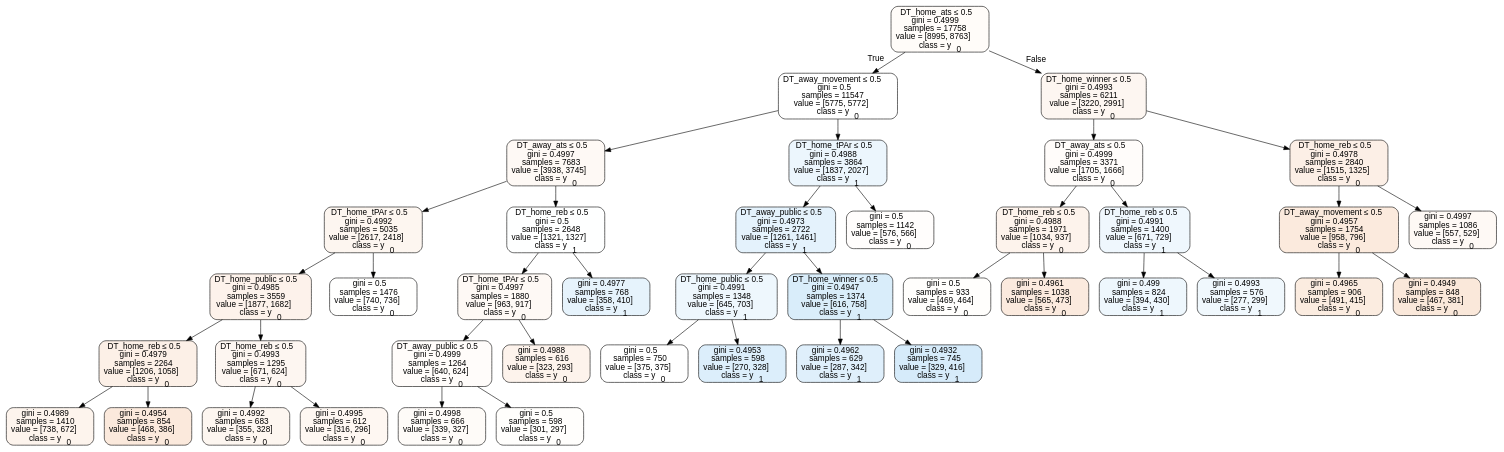
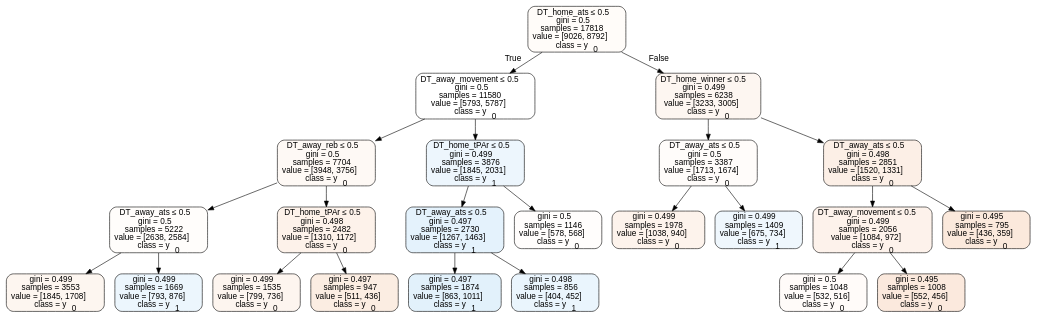
One commit to usbogie/ncaa-bets changed the diagram in Basketball/data/trees/tree2011home.dot. Above: the diagram before and after it, drawn with Graphviz. The commit also changed 35 other files, not shown here.

```diff
--- a/Basketball/data/trees/tree2011home.dot
+++ b/Basketball/data/trees/tree2011home.dot
@@ -1,85 +1,49 @@
 digraph Tree {
 node [shape=box, style="filled, rounded", color="black", fontname=helvetica] ;
 edge [fontname=helvetica] ;
-0 [label=<DT_home_ats &le; 0.5<br/>gini = 0.4999<br/>samples = 17758<br/>value = [8995, 8763]<br/>class = y<SUB>0</SUB>>, fillcolor="#e5813907"] ;
-1 [label=<DT_away_movement &le; 0.5<br/>gini = 0.5<br/>samples = 11547<br/>value = [5775, 5772]<br/>class = y<SUB>0</SUB>>, fillcolor="#e5813900"] ;
+0 [label=<DT_home_ats &le; 0.5<br/>gini = 0.5<br/>samples = 17818<br/>value = [9026, 8792]<br/>class = y<SUB>0</SUB>>, fillcolor="#e5813907"] ;
+1 [label=<DT_away_movement &le; 0.5<br/>gini = 0.5<br/>samples = 11580<br/>value = [5793, 5787]<br/>class = y<SUB>0</SUB>>, fillcolor="#e5813900"] ;
 0 -> 1 [labeldistance=2.5, labelangle=45, headlabel="True"] ;
-2 [label=<DT_away_ats &le; 0.5<br/>gini = 0.4997<br/>samples = 7683<br/>value = [3938, 3745]<br/>class = y<SUB>0</SUB>>, fillcolor="#e581390c"] ;
+2 [label=<DT_away_reb &le; 0.5<br/>gini = 0.5<br/>samples = 7704<br/>value = [3948, 3756]<br/>class = y<SUB>0</SUB>>, fillcolor="#e581390c"] ;
 1 -> 2 ;
-3 [label=<DT_home_tPAr &le; 0.5<br/>gini = 0.4992<br/>samples = 5035<br/>value = [2617, 2418]<br/>class = y<SUB>0</SUB>>, fillcolor="#e5813913"] ;
+3 [label=<DT_away_ats &le; 0.5<br/>gini = 0.5<br/>samples = 5222<br/>value = [2638, 2584]<br/>class = y<SUB>0</SUB>>, fillcolor="#e5813905"] ;
 2 -> 3 ;
-4 [label=<DT_home_public &le; 0.5<br/>gini = 0.4985<br/>samples = 3559<br/>value = [1877, 1682]<br/>class = y<SUB>0</SUB>>, fillcolor="#e581391a"] ;
+4 [label=<gini = 0.499<br/>samples = 3553<br/>value = [1845, 1708]<br/>class = y<SUB>0</SUB>>, fillcolor="#e5813913"] ;
 3 -> 4 ;
-5 [label=<DT_home_reb &le; 0.5<br/>gini = 0.4979<br/>samples = 2264<br/>value = [1206, 1058]<br/>class = y<SUB>0</SUB>>, fillcolor="#e581391f"] ;
-4 -> 5 ;
-6 [label=<gini = 0.4989<br/>samples = 1410<br/>value = [738, 672]<br/>class = y<SUB>0</SUB>>, fillcolor="#e5813917"] ;
-5 -> 6 ;
-7 [label=<gini = 0.4954<br/>samples = 854<br/>value = [468, 386]<br/>class = y<SUB>0</SUB>>, fillcolor="#e581392d"] ;
-5 -> 7 ;
-8 [label=<DT_home_reb &le; 0.5<br/>gini = 0.4993<br/>samples = 1295<br/>value = [671, 624]<br/>class = y<SUB>0</SUB>>, fillcolor="#e5813912"] ;
-4 -> 8 ;
-9 [label=<gini = 0.4992<br/>samples = 683<br/>value = [355, 328]<br/>class = y<SUB>0</SUB>>, fillcolor="#e5813913"] ;
-8 -> 9 ;
-10 [label=<gini = 0.4995<br/>samples = 612<br/>value = [316, 296]<br/>class = y<SUB>0</SUB>>, fillcolor="#e5813910"] ;
-8 -> 10 ;
-11 [label=<gini = 0.5<br/>samples = 1476<br/>value = [740, 736]<br/>class = y<SUB>0</SUB>>, fillcolor="#e5813901"] ;
-3 -> 11 ;
-12 [label=<DT_home_reb &le; 0.5<br/>gini = 0.5<br/>samples = 2648<br/>value = [1321, 1327]<br/>class = y<SUB>1</SUB>>, fillcolor="#399de501"] ;
-2 -> 12 ;
-13 [label=<DT_home_tPAr &le; 0.5<br/>gini = 0.4997<br/>samples = 1880<br/>value = [963, 917]<br/>class = y<SUB>0</SUB>>, fillcolor="#e581390c"] ;
-12 -> 13 ;
-14 [label=<DT_away_public &le; 0.5<br/>gini = 0.4999<br/>samples = 1264<br/>value = [640, 624]<br/>class = y<SUB>0</SUB>>, fillcolor="#e5813906"] ;
-13 -> 14 ;
-15 [label=<gini = 0.4998<br/>samples = 666<br/>value = [339, 327]<br/>class = y<SUB>0</SUB>>, fillcolor="#e5813909"] ;
+5 [label=<gini = 0.499<br/>samples = 1669<br/>value = [793, 876]<br/>class = y<SUB>1</SUB>>, fillcolor="#399de518"] ;
+3 -> 5 ;
+6 [label=<DT_home_tPAr &le; 0.5<br/>gini = 0.498<br/>samples = 2482<br/>value = [1310, 1172]<br/>class = y<SUB>0</SUB>>, fillcolor="#e581391b"] ;
+2 -> 6 ;
+7 [label=<gini = 0.499<br/>samples = 1535<br/>value = [799, 736]<br/>class = y<SUB>0</SUB>>, fillcolor="#e5813914"] ;
+6 -> 7 ;
+8 [label=<gini = 0.497<br/>samples = 947<br/>value = [511, 436]<br/>class = y<SUB>0</SUB>>, fillcolor="#e5813925"] ;
+6 -> 8 ;
+9 [label=<DT_home_tPAr &le; 0.5<br/>gini = 0.499<br/>samples = 3876<br/>value = [1845, 2031]<br/>class = y<SUB>1</SUB>>, fillcolor="#399de517"] ;
+1 -> 9 ;
+10 [label=<DT_away_ats &le; 0.5<br/>gini = 0.497<br/>samples = 2730<br/>value = [1267, 1463]<br/>class = y<SUB>1</SUB>>, fillcolor="#399de522"] ;
+9 -> 10 ;
+11 [label=<gini = 0.497<br/>samples = 1874<br/>value = [863, 1011]<br/>class = y<SUB>1</SUB>>, fillcolor="#399de525"] ;
+10 -> 11 ;
+12 [label=<gini = 0.498<br/>samples = 856<br/>value = [404, 452]<br/>class = y<SUB>1</SUB>>, fillcolor="#399de51b"] ;
+10 -> 12 ;
+13 [label=<gini = 0.5<br/>samples = 1146<br/>value = [578, 568]<br/>class = y<SUB>0</SUB>>, fillcolor="#e5813904"] ;
+9 -> 13 ;
+14 [label=<DT_home_winner &le; 0.5<br/>gini = 0.499<br/>samples = 6238<br/>value = [3233, 3005]<br/>class = y<SUB>0</SUB>>, fillcolor="#e5813912"] ;
+0 -> 14 [labeldistance=2.5, labelangle=-45, headlabel="False"] ;
+15 [label=<DT_away_ats &le; 0.5<br/>gini = 0.5<br/>samples = 3387<br/>value = [1713, 1674]<br/>class = y<SUB>0</SUB>>, fillcolor="#e5813906"] ;
 14 -> 15 ;
-16 [label=<gini = 0.5<br/>samples = 598<br/>value = [301, 297]<br/>class = y<SUB>0</SUB>>, fillcolor="#e5813903"] ;
-14 -> 16 ;
-17 [label=<gini = 0.4988<br/>samples = 616<br/>value = [323, 293]<br/>class = y<SUB>0</SUB>>, fillcolor="#e5813918"] ;
-13 -> 17 ;
-18 [label=<gini = 0.4977<br/>samples = 768<br/>value = [358, 410]<br/>class = y<SUB>1</SUB>>, fillcolor="#399de520"] ;
-12 -> 18 ;
-19 [label=<DT_home_tPAr &le; 0.5<br/>gini = 0.4988<br/>samples = 3864<br/>value = [1837, 2027]<br/>class = y<SUB>1</SUB>>, fillcolor="#399de518"] ;
-1 -> 19 ;
-20 [label=<DT_away_public &le; 0.5<br/>gini = 0.4973<br/>samples = 2722<br/>value = [1261, 1461]<br/>class = y<SUB>1</SUB>>, fillcolor="#399de523"] ;
+16 [label=<gini = 0.499<br/>samples = 1978<br/>value = [1038, 940]<br/>class = y<SUB>0</SUB>>, fillcolor="#e5813918"] ;
+15 -> 16 ;
+17 [label=<gini = 0.499<br/>samples = 1409<br/>value = [675, 734]<br/>class = y<SUB>1</SUB>>, fillcolor="#399de514"] ;
+15 -> 17 ;
+18 [label=<DT_away_ats &le; 0.5<br/>gini = 0.498<br/>samples = 2851<br/>value = [1520, 1331]<br/>class = y<SUB>0</SUB>>, fillcolor="#e5813920"] ;
+14 -> 18 ;
+19 [label=<DT_away_movement &le; 0.5<br/>gini = 0.499<br/>samples = 2056<br/>value = [1084, 972]<br/>class = y<SUB>0</SUB>>, fillcolor="#e581391a"] ;
+18 -> 19 ;
+20 [label=<gini = 0.5<br/>samples = 1048<br/>value = [532, 516]<br/>class = y<SUB>0</SUB>>, fillcolor="#e5813908"] ;
 19 -> 20 ;
-21 [label=<DT_home_public &le; 0.5<br/>gini = 0.4991<br/>samples = 1348<br/>value = [645, 703]<br/>class = y<SUB>1</SUB>>, fillcolor="#399de515"] ;
-20 -> 21 ;
-22 [label=<gini = 0.5<br/>samples = 750<br/>value = [375, 375]<br/>class = y<SUB>0</SUB>>, fillcolor="#e5813900"] ;
-21 -> 22 ;
-23 [label=<gini = 0.4953<br/>samples = 598<br/>value = [270, 328]<br/>class = y<SUB>1</SUB>>, fillcolor="#399de52d"] ;
-21 -> 23 ;
-24 [label=<DT_home_winner &le; 0.5<br/>gini = 0.4947<br/>samples = 1374<br/>value = [616, 758]<br/>class = y<SUB>1</SUB>>, fillcolor="#399de530"] ;
-20 -> 24 ;
-25 [label=<gini = 0.4962<br/>samples = 629<br/>value = [287, 342]<br/>class = y<SUB>1</SUB>>, fillcolor="#399de529"] ;
-24 -> 25 ;
-26 [label=<gini = 0.4932<br/>samples = 745<br/>value = [329, 416]<br/>class = y<SUB>1</SUB>>, fillcolor="#399de535"] ;
-24 -> 26 ;
-27 [label=<gini = 0.5<br/>samples = 1142<br/>value = [576, 566]<br/>class = y<SUB>0</SUB>>, fillcolor="#e5813904"] ;
-19 -> 27 ;
-28 [label=<DT_home_winner &le; 0.5<br/>gini = 0.4993<br/>samples = 6211<br/>value = [3220, 2991]<br/>class = y<SUB>0</SUB>>, fillcolor="#e5813912"] ;
-0 -> 28 [labeldistance=2.5, labelangle=-45, headlabel="False"] ;
-29 [label=<DT_away_ats &le; 0.5<br/>gini = 0.4999<br/>samples = 3371<br/>value = [1705, 1666]<br/>class = y<SUB>0</SUB>>, fillcolor="#e5813906"] ;
-28 -> 29 ;
-30 [label=<DT_home_reb &le; 0.5<br/>gini = 0.4988<br/>samples = 1971<br/>value = [1034, 937]<br/>class = y<SUB>0</SUB>>, fillcolor="#e5813918"] ;
-29 -> 30 ;
-31 [label=<gini = 0.5<br/>samples = 933<br/>value = [469, 464]<br/>class = y<SUB>0</SUB>>, fillcolor="#e5813903"] ;
-30 -> 31 ;
-32 [label=<gini = 0.4961<br/>samples = 1038<br/>value = [565, 473]<br/>class = y<SUB>0</SUB>>, fillcolor="#e581392a"] ;
-30 -> 32 ;
-33 [label=<DT_home_reb &le; 0.5<br/>gini = 0.4991<br/>samples = 1400<br/>value = [671, 729]<br/>class = y<SUB>1</SUB>>, fillcolor="#399de514"] ;
-29 -> 33 ;
-34 [label=<gini = 0.499<br/>samples = 824<br/>value = [394, 430]<br/>class = y<SUB>1</SUB>>, fillcolor="#399de515"] ;
-33 -> 34 ;
-35 [label=<gini = 0.4993<br/>samples = 576<br/>value = [277, 299]<br/>class = y<SUB>1</SUB>>, fillcolor="#399de513"] ;
-33 -> 35 ;
-36 [label=<DT_home_reb &le; 0.5<br/>gini = 0.4978<br/>samples = 2840<br/>value = [1515, 1325]<br/>class = y<SUB>0</SUB>>, fillcolor="#e5813920"] ;
-28 -> 36 ;
-37 [label=<DT_away_movement &le; 0.5<br/>gini = 0.4957<br/>samples = 1754<br/>value = [958, 796]<br/>class = y<SUB>0</SUB>>, fillcolor="#e581392b"] ;
-36 -> 37 ;
-38 [label=<gini = 0.4965<br/>samples = 906<br/>value = [491, 415]<br/>class = y<SUB>0</SUB>>, fillcolor="#e5813927"] ;
-37 -> 38 ;
-39 [label=<gini = 0.4949<br/>samples = 848<br/>value = [467, 381]<br/>class = y<SUB>0</SUB>>, fillcolor="#e581392f"] ;
-37 -> 39 ;
-40 [label=<gini = 0.4997<br/>samples = 1086<br/>value = [557, 529]<br/>class = y<SUB>0</SUB>>, fillcolor="#e581390d"] ;
-36 -> 40 ;
+21 [label=<gini = 0.495<br/>samples = 1008<br/>value = [552, 456]<br/>class = y<SUB>0</SUB>>, fillcolor="#e581392c"] ;
+19 -> 21 ;
+22 [label=<gini = 0.495<br/>samples = 795<br/>value = [436, 359]<br/>class = y<SUB>0</SUB>>, fillcolor="#e581392d"] ;
+18 -> 22 ;
 }
```
